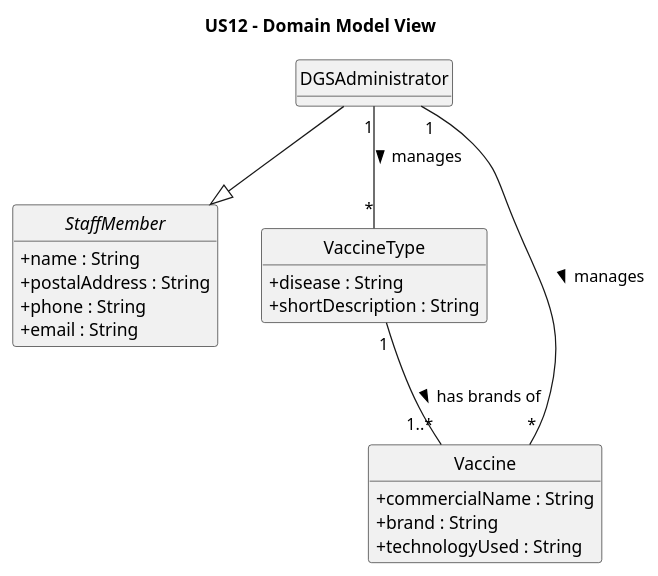
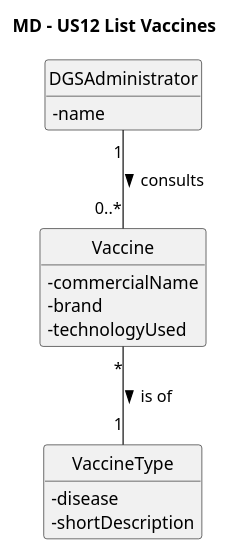
Before and after one commit to luluisfcm/leti-esoft-25-26-B5: the diagram in docs/system-documentation/US12/puml/US12-DM.puml, drawn with PlantUML. The commit also changed 13 other files, not shown here.

```diff
--- a/docs/system-documentation/US12/puml/US12-DM.puml
+++ b/docs/system-documentation/US12/puml/US12-DM.puml
@@ -1,35 +1,30 @@
 @startuml
-title US12 - Domain Model View
+title MD – US12 List Vaccines
+
+hide circle
 hide methods
-hide circle
 skinparam classAttributeIconSize 0
 
-' ===================== Staff =====================
-abstract StaffMember {
-  + name : String
-  + postalAddress : String
-  + phone : String
-  + email : String
+' ===================== Classes =====================
+
+class DGSAdministrator {
+  - name
 }
 
-class DGSAdministrator
-DGSAdministrator --|> StaffMember
-
-' ===================== Vaccines =====================
 class VaccineType {
-  + disease : String
-  + shortDescription : String
+  - disease
+  - shortDescription
 }
 
 class Vaccine {
-  + commercialName : String
-  + brand : String
-  + technologyUsed : String
+  - commercialName
+  - brand
+  - technologyUsed
 }
 
-' ===================== Relations =====================
-VaccineType "1" -- "1..*" Vaccine : has brands of >
-DGSAdministrator "1" -- "*" VaccineType : manages >
-DGSAdministrator "1" -- "*" Vaccine : manages >
+' ===================== Associações =====================
+
+DGSAdministrator "1" -- "0..*" Vaccine : consults >
+Vaccine "*" -- "1" VaccineType : is of >
 
 @enduml
```
